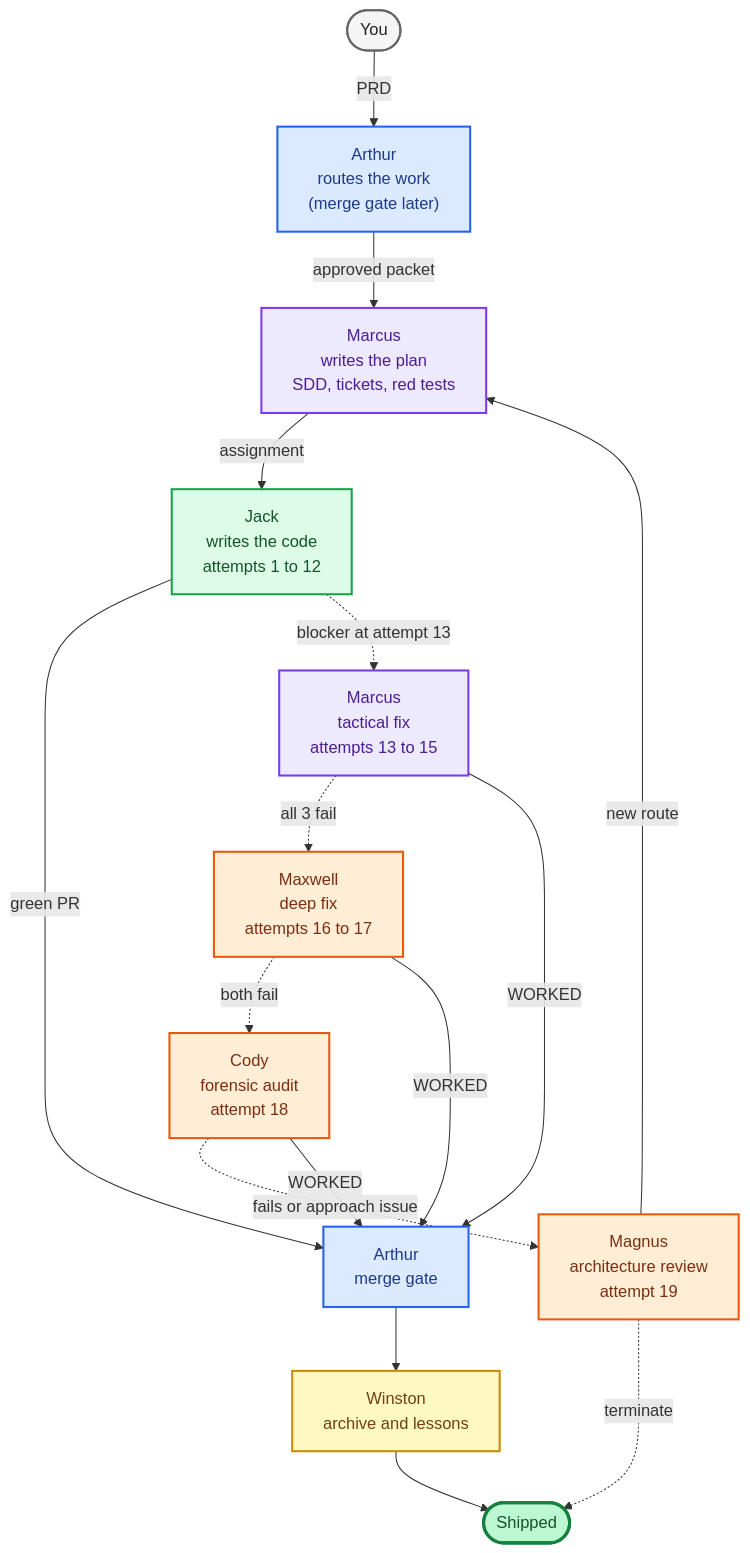
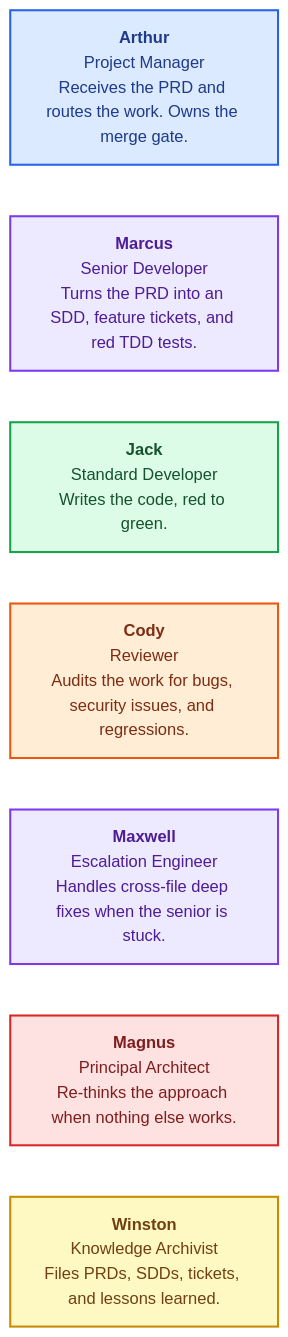
Before and after one commit to 5percentdrops/pantheon-mini: the diagram in README.md, drawn with Mermaid. The commit also changed other lines of this file, not shown here.

Commit message:
docs: diagram as pure cast list — who they are, what they do, nothing else
User: "This repo is not based on escalations. It's a full software house, just
a mini version. Forget the escalations. Just show who the players are and
what they do."

Replaced the flowchart-with-escalation-logic with a clean Mermaid cast list:
7 vertical cards, one per agent. Each card has name (bold), role title, and
a one-sentence description of what they do. Color-coded by role family
(PM blue, Senior purple, Dev green, Reviewer orange, Architect red, Archive
yellow).

No arrows are visible — used Mermaid invisible-link syntax `~~~` to force
the vertical order without drawing flow lines. The escalation ladder is
documented elsewhere (docs/ROUTING.md + the per-agent attempt table further
down the README) — it has no place in the "meet the team" diagram.

A short one-paragraph caption below the diagram explains how the team works
in plain English without process logic.

````diff
--- a/README.md
+++ b/README.md
@@ -74,46 +74,31 @@
 ```mermaid
-flowchart TD
-    You(["You"])
-    Arthur1["Arthur<br/>routes the work<br/>(merge gate later)"]
-    Marcus1["Marcus<br/>writes the plan<br/>SDD, tickets, red tests"]
-    Jack["Jack<br/>writes the code<br/>attempts 1 to 12"]
-    Marcus2["Marcus<br/>tactical fix<br/>attempts 13 to 15"]
-    Maxwell["Maxwell<br/>deep fix<br/>attempts 16 to 17"]
-    Cody["Cody<br/>forensic audit<br/>attempt 18"]
-    Magnus["Magnus<br/>architecture review<br/>attempt 19"]
-    Arthur2["Arthur<br/>merge gate"]
-    Winston["Winston<br/>archive and lessons"]
-    Done(["Shipped"])
+flowchart TB
+    Arthur["<b>Arthur</b><br/>Project Manager<br/>Receives the PRD and routes the work. Owns the merge gate."]
+    Marcus["<b>Marcus</b><br/>Senior Developer<br/>Turns the PRD into an SDD, feature tickets, and red TDD tests."]
+    Jack["<b>Jack</b><br/>Standard Developer<br/>Writes the code, red to green."]
+    Cody["<b>Cody</b><br/>Reviewer<br/>Audits the work for bugs, security issues, and regressions."]
+    Maxwell["<b>Maxwell</b><br/>Escalation Engineer<br/>Handles cross-file deep fixes when the senior is stuck."]
+    Magnus["<b>Magnus</b><br/>Principal Architect<br/>Re-thinks the approach when nothing else works."]
+    Winston["<b>Winston</b><br/>Knowledge Archivist<br/>Files PRDs, SDDs, tickets, and lessons learned."]
 
-    You      -- PRD --> Arthur1
-    Arthur1  -- approved packet --> Marcus1
-    Marcus1  -- assignment --> Jack
-    Jack     -- green PR --> Arthur2
-    Jack     -. blocker at attempt 13 .-> Marcus2
-    Marcus2  -. all 3 fail .-> Maxwell
-    Maxwell  -. both fail .-> Cody
-    Cody     -. fails or approach issue .-> Magnus
-    Marcus2  -- WORKED --> Arthur2
-    Maxwell  -- WORKED --> Arthur2
-    Cody     -- WORKED --> Arthur2
-    Magnus   -- new route --> Marcus1
-    Magnus   -. terminate .-> Done
-    Arthur2  --> Winston
-    Winston  --> Done
+    Arthur  ~~~ Marcus
+    Marcus  ~~~ Jack
+    Jack    ~~~ Cody
+    Cody    ~~~ Maxwell
+    Maxwell ~~~ Magnus
+    Magnus  ~~~ Winston
 
-    classDef user      fill:#f5f5f5,stroke:#666,stroke-width:2px,color:#222
-    classDef arthur    fill:#dbeafe,stroke:#2563eb,stroke-width:2px,color:#1e3a8a
-    classDef marcus    fill:#ede9fe,stroke:#7c3aed,stroke-width:2px,color:#4c1d95
-    classDef jack      fill:#dcfce7,stroke:#16a34a,stroke-width:2px,color:#14532d
-    classDef esc       fill:#ffedd5,stroke:#ea580c,stroke-width:2px,color:#7c2d12
-    classDef winston   fill:#fef9c3,stroke:#ca8a04,stroke-width:2px,color:#713f12
-    classDef done      fill:#bbf7d0,stroke:#15803d,stroke-width:3px,color:#14532d
+    classDef pm       fill:#dbeafe,stroke:#2563eb,stroke-width:2px,color:#1e3a8a
+    classDef senior   fill:#ede9fe,stroke:#7c3aed,stroke-width:2px,color:#4c1d95
+    classDef dev      fill:#dcfce7,stroke:#16a34a,stroke-width:2px,color:#14532d
+    classDef review   fill:#ffedd5,stroke:#ea580c,stroke-width:2px,color:#7c2d12
+    classDef arch     fill:#fee2e2,stroke:#dc2626,stroke-width:2px,color:#7f1d1d
+    classDef archive  fill:#fef9c3,stroke:#ca8a04,stroke-width:2px,color:#713f12
 
-    class You user
-    class Arthur1,Arthur2 arthur
-    class Marcus1,Marcus2 marcus
-    class Jack jack
-    class Maxwell,Cody,Magnus esc
-    class Winston winston
-    class Done done
+    class Arthur pm
+    class Marcus,Maxwell senior
+    class Jack dev
+    class Cody review
+    class Magnus arch
+    class Winston archive
 ```
````
